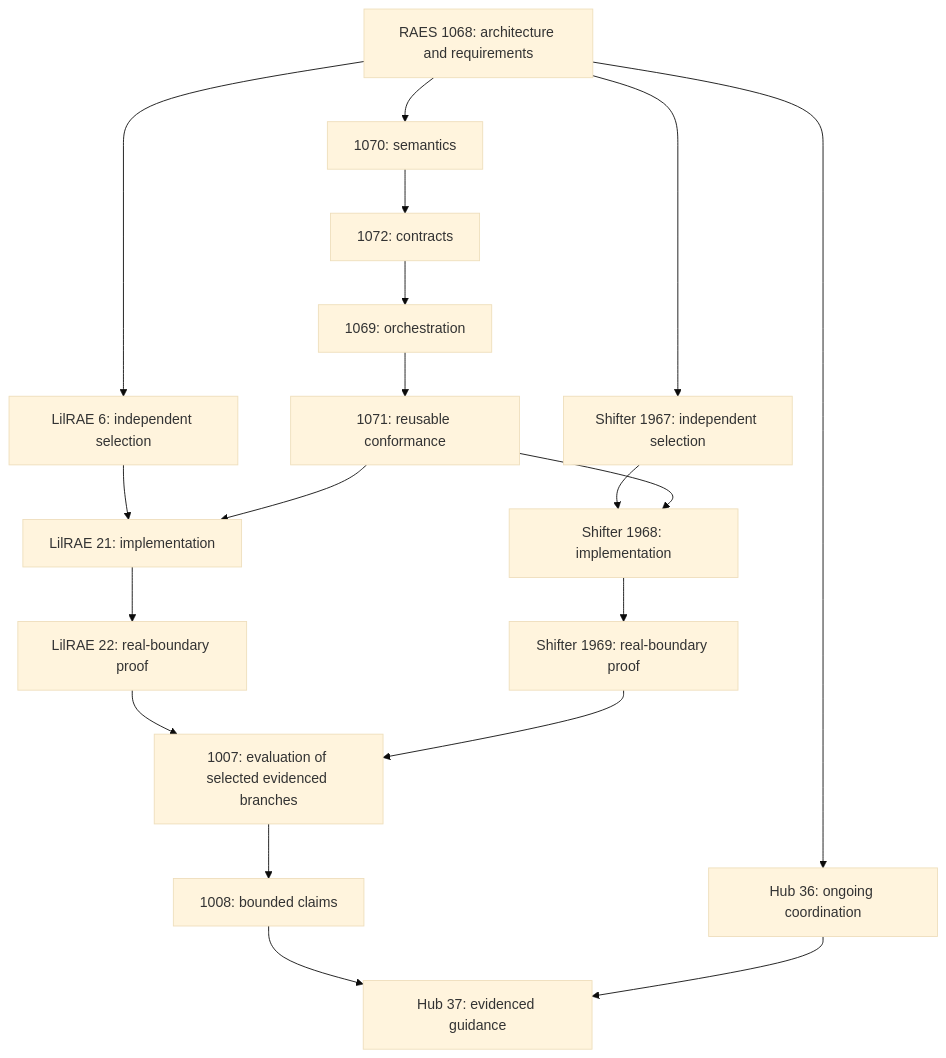
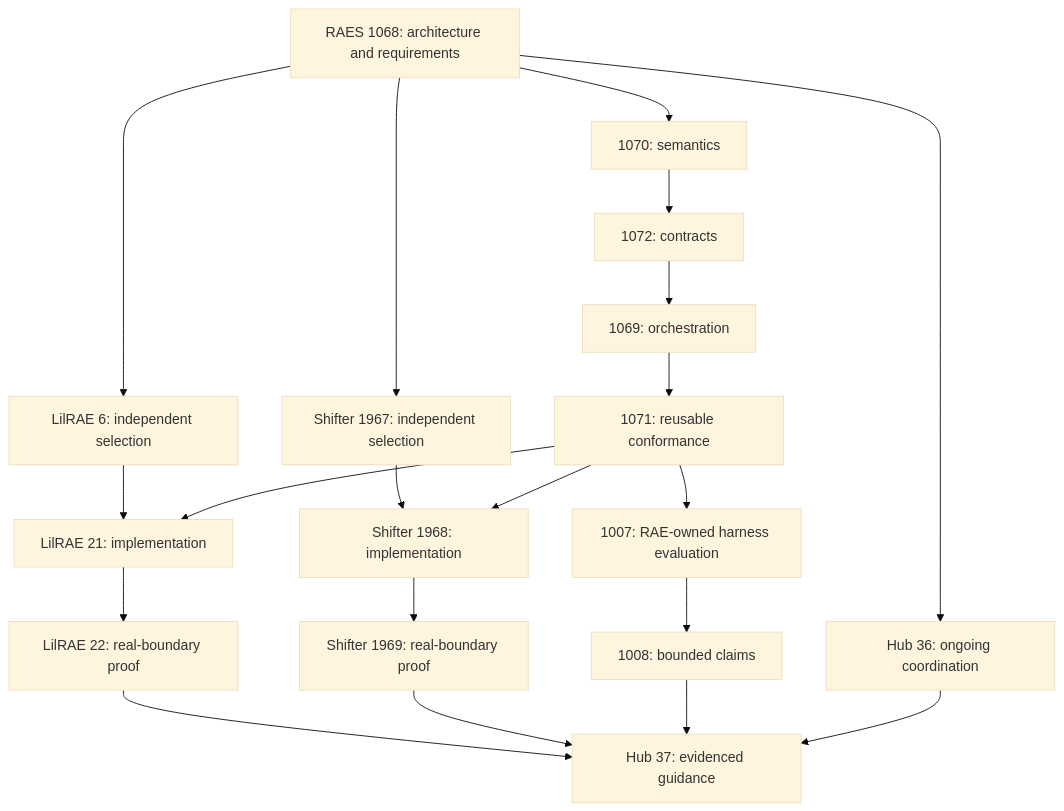
Before and after one commit to OpenRAE/rae: the diagram in docs/research/modular-participant-control/delivery.md, drawn with Mermaid (base theme). The commit also changed other lines of this file and 29 other files, not shown here.

````diff
--- a/docs/research/modular-participant-control/delivery.md
+++ b/docs/research/modular-participant-control/delivery.md
@@ -10,21 +11,22 @@
 ```mermaid
 flowchart TD
     A[RAES 1068: architecture and requirements] --> S[1070: semantics]
     S --> C[1072: contracts]
     C --> R[1069: orchestration]
     R --> Q[1071: reusable conformance]
     A --> L[LilRAE 6: independent selection]
     A --> H[Shifter 1967: independent selection]
     L --> LI[LilRAE 21: implementation]
     H --> HI[Shifter 1968: implementation]
     Q --> LI
     Q --> HI
     LI --> LP[LilRAE 22: real-boundary proof]
     HI --> HP[Shifter 1969: real-boundary proof]
-    LP --> E[1007: evaluation of selected evidenced branches]
-    HP --> E
+    Q --> E[1007: RAE-owned harness evaluation]
+    LP --> G
+    HP --> G
     E --> D[1008: bounded claims]
     D --> G[Hub 37: evidenced guidance]
     A --> K[Hub 36: ongoing coordination]
     K --> G
 ```
````
